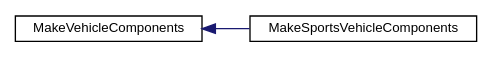
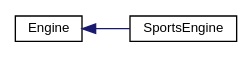
The diagram in inherit_graph_2.dot (JamesBMiddleton/DesignPatterns), drawn with Graphviz before and after one commit. The commit also changed 46 other files, not shown here.

```diff
--- a/inherit_graph_2.dot
+++ b/inherit_graph_2.dot
@@ -1,10 +1,10 @@
 digraph "Graphical Class Hierarchy"
 {
  // LATEX_PDF_SIZE
   edge [fontname="Helvetica",fontsize="10",labelfontname="Helvetica",labelfontsize="10"];
   node [fontname="Helvetica",fontsize="10",shape=record];
   rankdir="LR";
-  Node0 [label="MakeVehicleComponents",height=0.2,width=0.4,color="black", fillcolor="white", style="filled",URL="$structMakeVehicleComponents.html",tooltip=" "];
+  Node0 [label="Engine",height=0.2,width=0.4,color="black", fillcolor="white", style="filled",URL="$classEngine.html",tooltip=" "];
   Node0 -> Node1 [dir="back",color="midnightblue",fontsize="10",style="solid",fontname="Helvetica"];
-  Node1 [label="MakeSportsVehicleComponents",height=0.2,width=0.4,color="black", fillcolor="white", style="filled",URL="$structMakeSportsVehicleComponents.html",tooltip=" "];
+  Node1 [label="SportsEngine",height=0.2,width=0.4,color="black", fillcolor="white", style="filled",URL="$classSportsEngine.html",tooltip=" "];
 }
```
